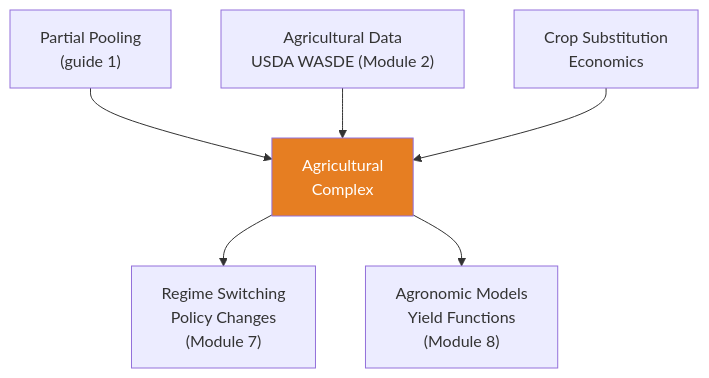
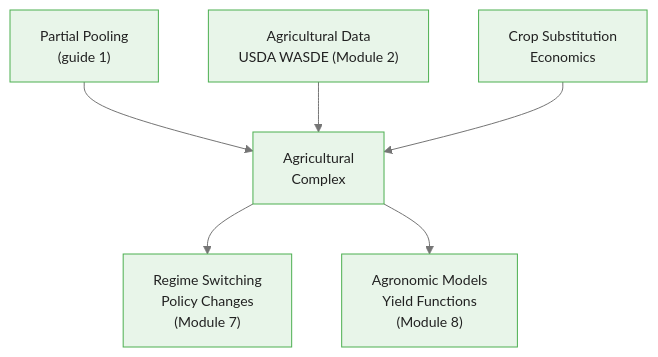
The fourth of 4 diagrams in courses/bayesian-commodity-forecasting/modules/module_04_hierarchical/guides/03_agricultural_complex_slides.md (m-deane/course-creator), drawn with Mermaid before and after one commit. The commit also changed other lines of this file and 104 other files, not shown here.

````diff
--- a/courses/bayesian-commodity-forecasting/modules/module_04_hierarchical/guides/03_agricultural_complex_slides.md
+++ b/courses/bayesian-commodity-forecasting/modules/module_04_hierarchical/guides/03_agricultural_complex_slides.md
@@ -347,9 +359,9 @@
 ```mermaid
+%%{init: {"theme": "base", "themeVariables": {"primaryColor": "#e8f5e9", "primaryBorderColor": "#4caf50", "primaryTextColor": "#212121", "secondaryColor": "#e3f2fd", "tertiaryColor": "#fff8e1", "lineColor": "#757575", "fontFamily": "Inter, sans-serif", "fontSize": "14px"}}}%%
 flowchart TD
     PP["Partial Pooling\n(guide 1)"] --> AC["Agricultural\nComplex"]
     DS["Agricultural Data\nUSDA WASDE (Module 2)"] --> AC
     ECON["Crop Substitution\nEconomics"] --> AC
     AC --> RS["Regime Switching\nPolicy Changes\n(Module 7)"]
     AC --> FI["Agronomic Models\nYield Functions\n(Module 8)"]
-    style AC fill:#e67e22,color:#fff
 ```
````
